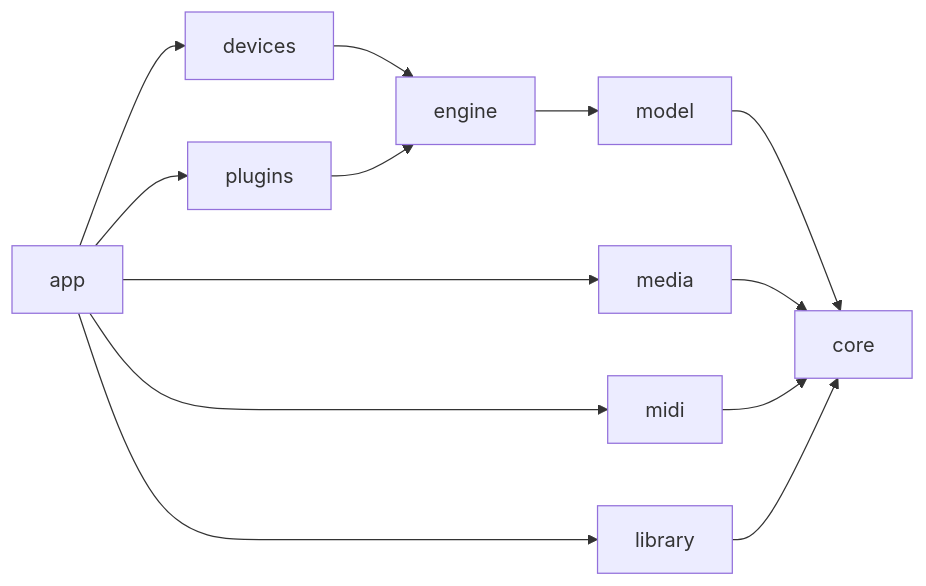
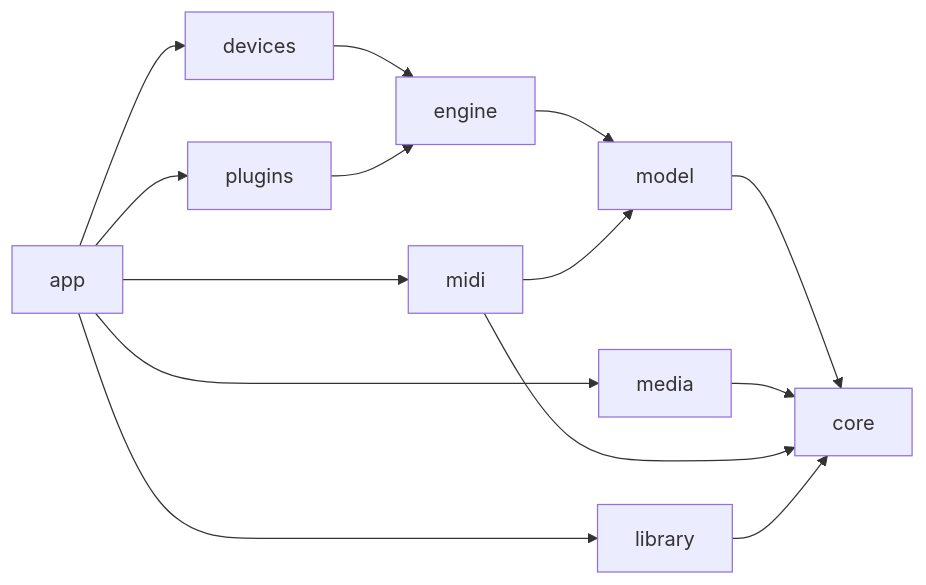
One commit to open-sonic/sessionflow changed the diagram in docs/architecture.md. Above: the diagram before and after it, drawn with Mermaid. The commit also changed other lines of this file and 5 other files, not shown here.

````diff
--- a/docs/architecture.md
+++ b/docs/architecture.md
@@ -23,8 +23,9 @@
 ```mermaid
 flowchart LR
     app --> devices & plugins & media & midi & library
     devices --> engine
     plugins --> engine
     engine --> model --> core
+    midi --> model
     media & midi & library --> core
 ```
````
